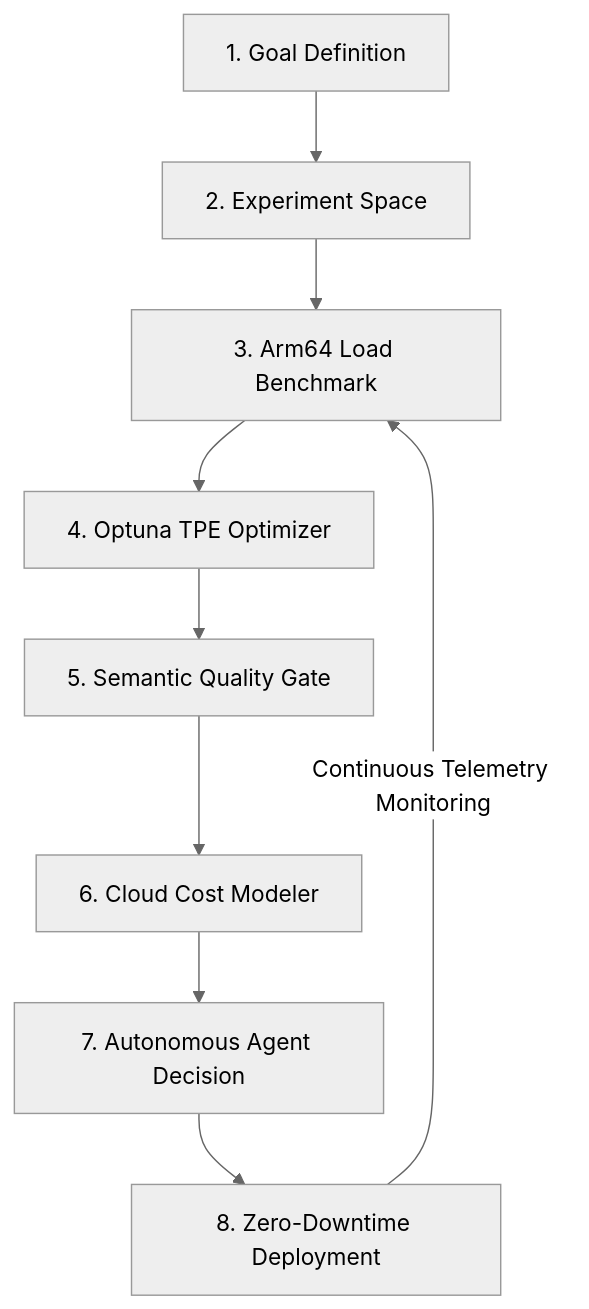
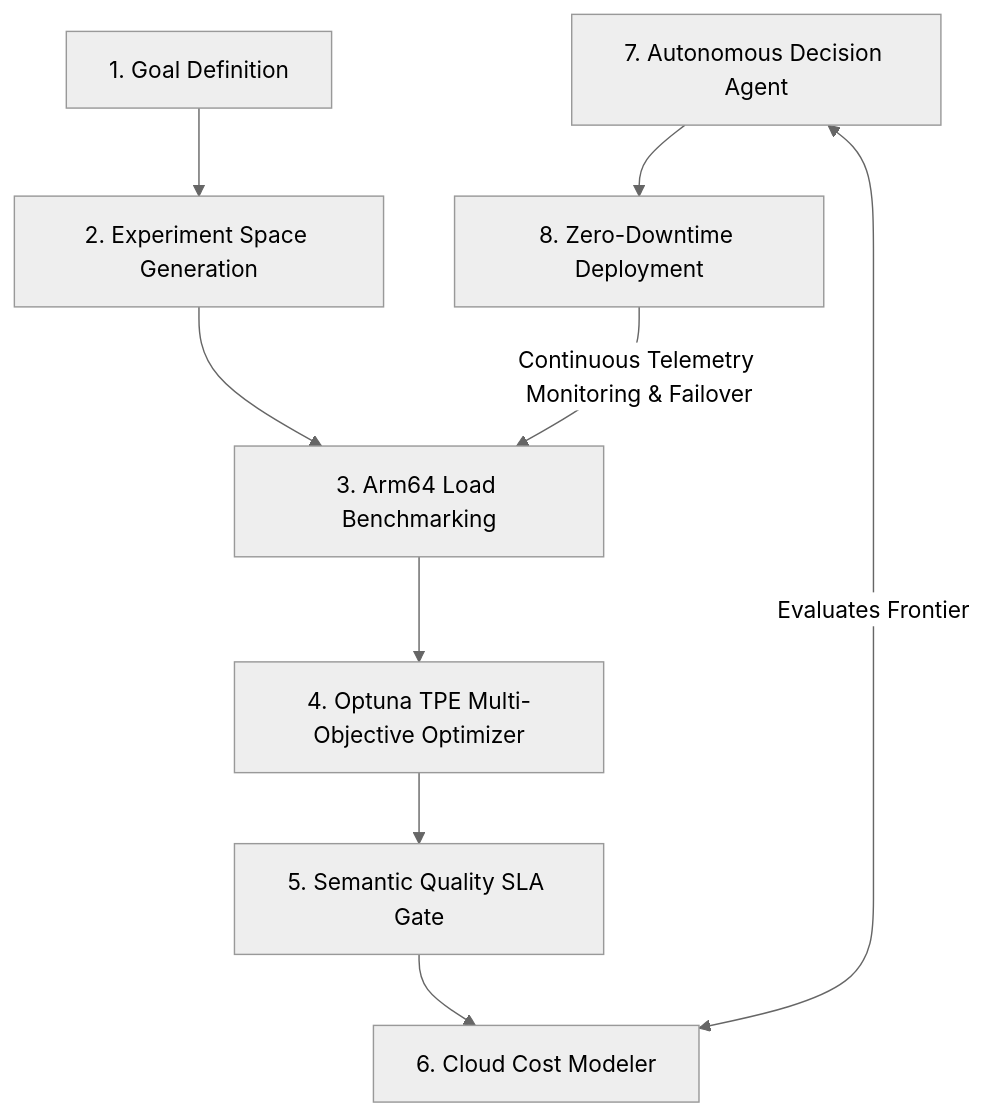
One commit to Karthickraja-m05/ArmInferX changed the diagram in README.md. Above: the diagram before and after it, drawn with Mermaid (neutral theme). The commit also changed other lines of this file and 1 other file, not shown here.

````diff
--- a/README.md
+++ b/README.md
@@ -112,11 +129,11 @@
 ```mermaid
 flowchart TD
-    A[1. Goal Definition] --> B[2. Experiment Space]
-    B --> C[3. Arm64 Load Benchmark]
-    C --> D[4. Optuna TPE Optimizer]
-    D --> E[5. Semantic Quality Gate]
+    A[1. Goal Definition] --> B[2. Experiment Space Generation]
+    B --> C[3. Arm64 Load Benchmarking]
+    C --> D[4. Optuna TPE Multi-Objective Optimizer]
+    D --> E[5. Semantic Quality SLA Gate]
     E --> F[6. Cloud Cost Modeler]
-    F --> G[7. Autonomous Agent Decision]
+    G[7. Autonomous Decision Agent] <-- Evaluates Frontier --> F
     G --> H[8. Zero-Downtime Deployment]
-    H -->|Continuous Telemetry Monitoring| C
+    H -->|Continuous Telemetry Monitoring & Failover| C
 ```
````
